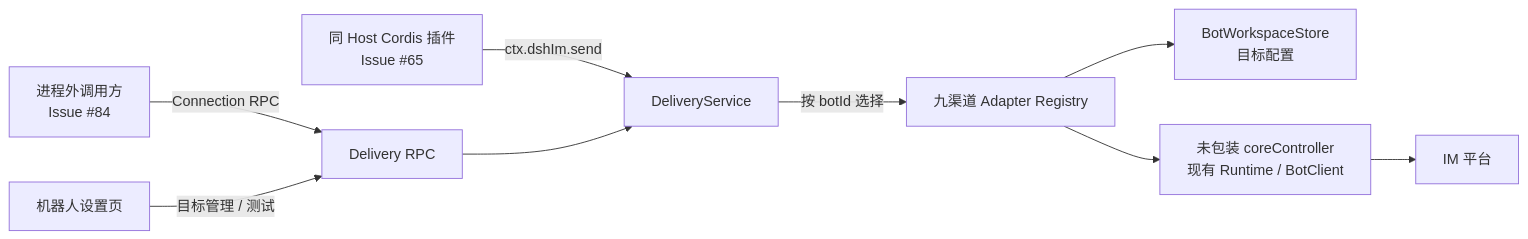
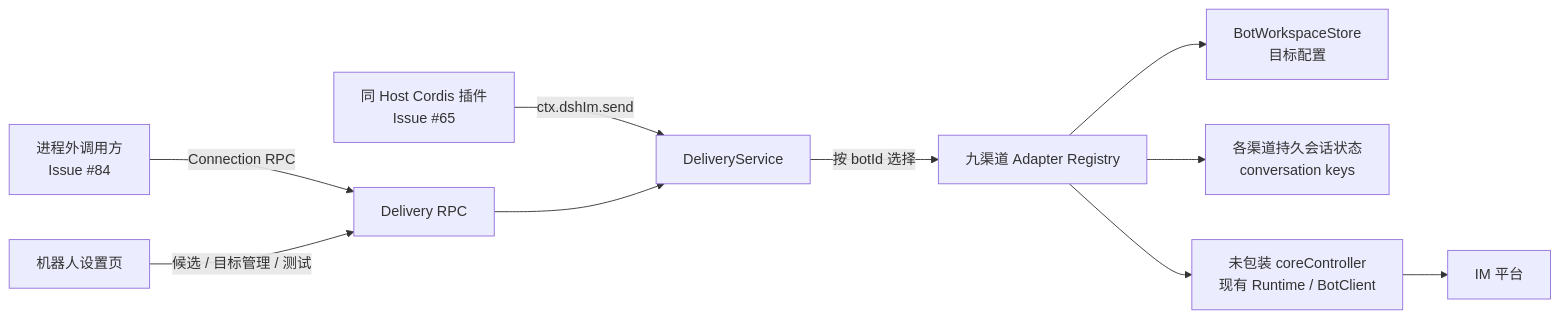
One commit to C3H3-AI/dsh-im changed the diagram in docs/方案/Issue-65-84-botId-targetId稳定主动投递方案.md. Above: the diagram before and after it, drawn with Mermaid. The commit also changed other lines of this file and 87 other files, not shown here.

````diff
--- a/docs/方案/Issue-65-84-botId-targetId稳定主动投递方案.md
+++ b/docs/方案/Issue-65-84-botId-targetId稳定主动投递方案.md
@@ -125,11 +130,12 @@
 ```mermaid
 flowchart LR
     A[同 Host Cordis 插件<br/>Issue #65] -->|ctx.dshIm.send| C[DeliveryService]
     B[进程外调用方<br/>Issue #84] -->|Connection RPC| R[Delivery RPC]
-    U[机器人设置页] -->|目标管理 / 测试| R
+    U[机器人设置页] -->|候选 / 目标管理 / 测试| R
     R --> C
     C -->|按 botId 选择| G[九渠道 Adapter Registry]
     G --> T[BotWorkspaceStore<br/>目标配置]
+    G --> K[各渠道持久会话状态<br/>conversation keys]
     G --> S[未包装 coreController<br/>现有 Runtime / BotClient]
     S --> P[IM 平台]
 ```
````
